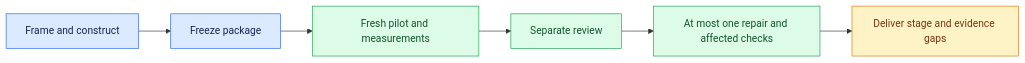
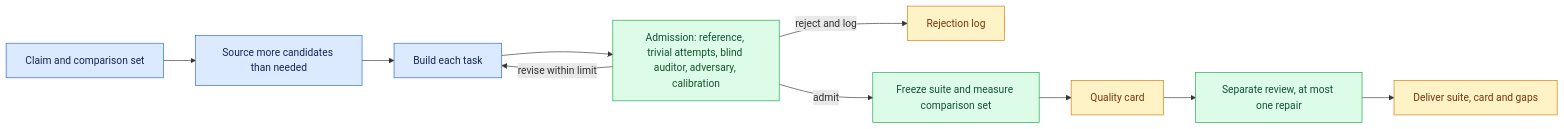
One commit to DanMcInerney/orchflows changed the diagram in example-workflows/benchmaker/DESIGN.md. Above: the diagram before and after it, drawn with Mermaid. The commit also changed other lines of this file and 43 other files, not shown here.

````diff
--- a/example-workflows/benchmaker/DESIGN.md
+++ b/example-workflows/benchmaker/DESIGN.md
@@ -19,14 +23,18 @@
 ```mermaid
 flowchart LR
-    A[Frame and construct] --> B[Freeze package]
-    B --> C[Fresh pilot and measurements]
-    C --> D[Separate review]
-    D --> E[At most one repair and affected checks]
-    E --> F[Deliver stage and evidence gaps]
+    A[Claim and comparison set] --> B[Source more candidates than needed]
+    B --> C[Build each task]
+    C --> D[Admission: reference, trivial attempts, blind auditor, adversary, calibration]
+    D -->|revise within limit| C
+    D -->|reject and log| R[Rejection log]
+    D -->|admit| E[Freeze suite and measure comparison set]
+    E --> F[Quality card]
+    F --> G[Separate review, at most one repair]
+    G --> H[Deliver suite, card and gaps]
     classDef make fill:#dbeafe,stroke:#2563eb,color:#172554
     classDef check fill:#dcfce7,stroke:#16a34a,color:#14532d
     classDef result fill:#fef3c7,stroke:#d97706,color:#78350f
-    class A,B make
-    class C,D,E check
-    class F result
+    class A,B,C make
+    class D,E,G check
+    class F,H,R result
 ```
````
